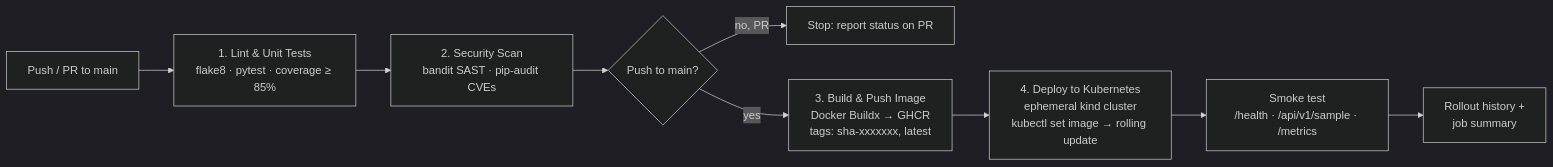
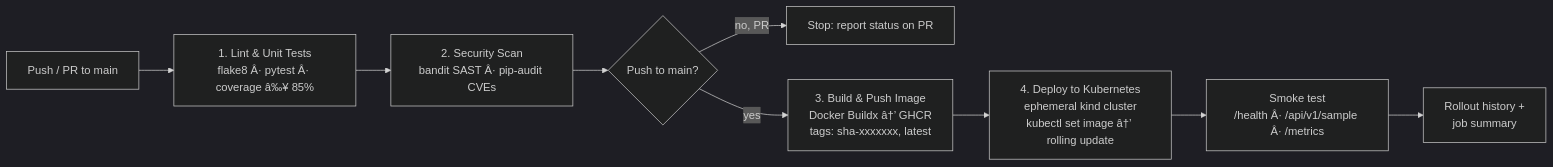
One commit to aryanchoudhary1008/AryanChoudhary-devops-case-study-main changed the second of 2 diagrams in README.md. Above: the diagram before and after it, drawn with Mermaid (dark theme). The commit also changed other lines of this file, not shown here.

````diff
--- a/README.md
+++ b/README.md
@@ -138,11 +138,11 @@
 ```mermaid
 flowchart LR
-    A[Push / PR to main] --> B[1. Lint & Unit Tests<br/>flake8 · pytest · coverage ≥ 85%]
-    B --> C[2. Security Scan<br/>bandit SAST · pip-audit CVEs]
+    A[Push / PR to main] --> B[1. Lint & Unit Tests<br/>flake8 Â· pytest Â· coverage â‰¥ 85%]
+    B --> C[2. Security Scan<br/>bandit SAST Â· pip-audit CVEs]
     C --> D{Push to main?}
     D -- no, PR --> E[Stop: report status on PR]
-    D -- yes --> F[3. Build & Push Image<br/>Docker Buildx → GHCR<br/>tags: sha-xxxxxxx, latest]
-    F --> G[4. Deploy to Kubernetes<br/>ephemeral kind cluster<br/>kubectl set image → rolling update]
-    G --> H[Smoke test<br/>/health · /api/v1/sample · /metrics]
+    D -- yes --> F[3. Build & Push Image<br/>Docker Buildx â†’ GHCR<br/>tags: sha-xxxxxxx, latest]
+    F --> G[4. Deploy to Kubernetes<br/>ephemeral kind cluster<br/>kubectl set image â†’ rolling update]
+    G --> H[Smoke test<br/>/health Â· /api/v1/sample Â· /metrics]
     H --> I[Rollout history +<br/>job summary]
 ```
````
